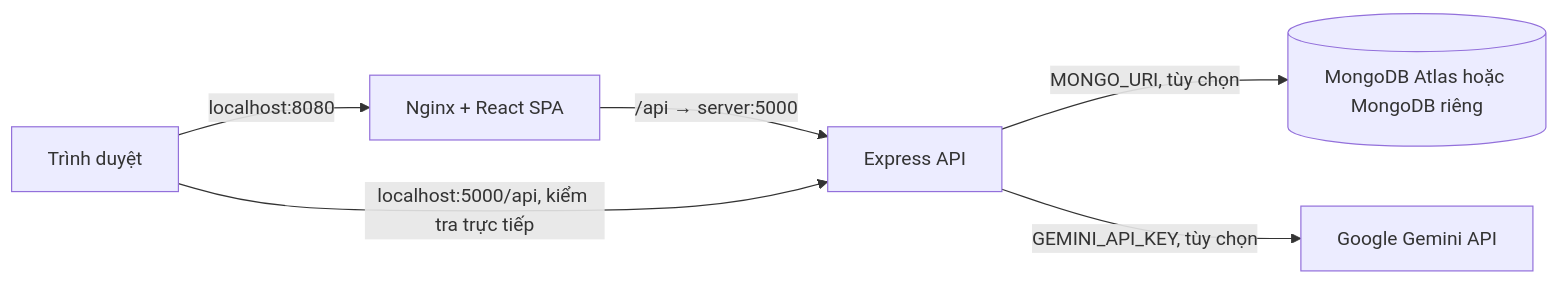
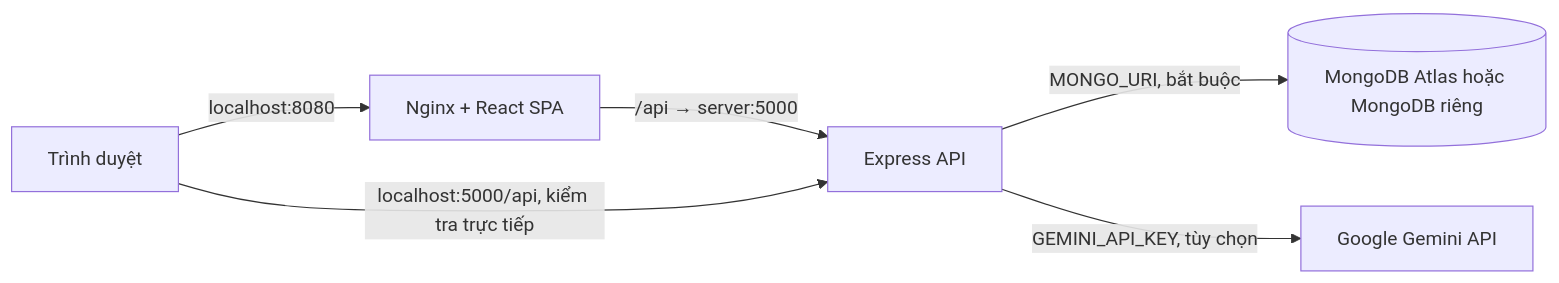
One commit to Hynniee/cn-da23tta-tranvungochuynh-jewelleryshop changed the diagram in setup/deployment-guide.md. Above: the diagram before and after it, drawn with Mermaid. The commit also changed other lines of this file and 65 other files, not shown here.

````diff
--- a/setup/deployment-guide.md
+++ b/setup/deployment-guide.md
@@ -5,8 +5,8 @@
 ```mermaid
 flowchart LR
     Browser[Trình duyệt] -->|localhost:8080| Web[Nginx + React SPA]
     Web -->|/api → server:5000| API[Express API]
     Browser -->|localhost:5000/api, kiểm tra trực tiếp| API
-    API -->|MONGO_URI, tùy chọn| Mongo[(MongoDB Atlas hoặc MongoDB riêng)]
+    API -->|MONGO_URI, bắt buộc| Mongo[(MongoDB Atlas hoặc MongoDB riêng)]
     API -->|GEMINI_API_KEY, tùy chọn| Gemini[Google Gemini API]
 ```
````
